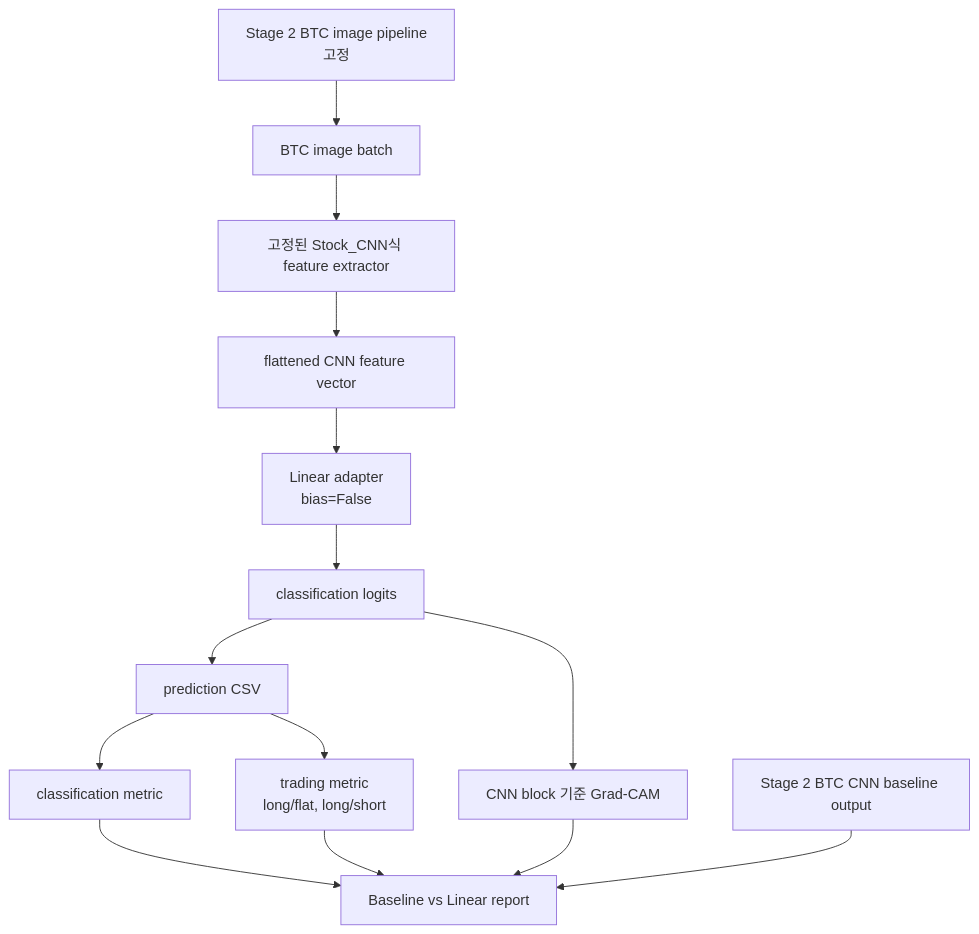
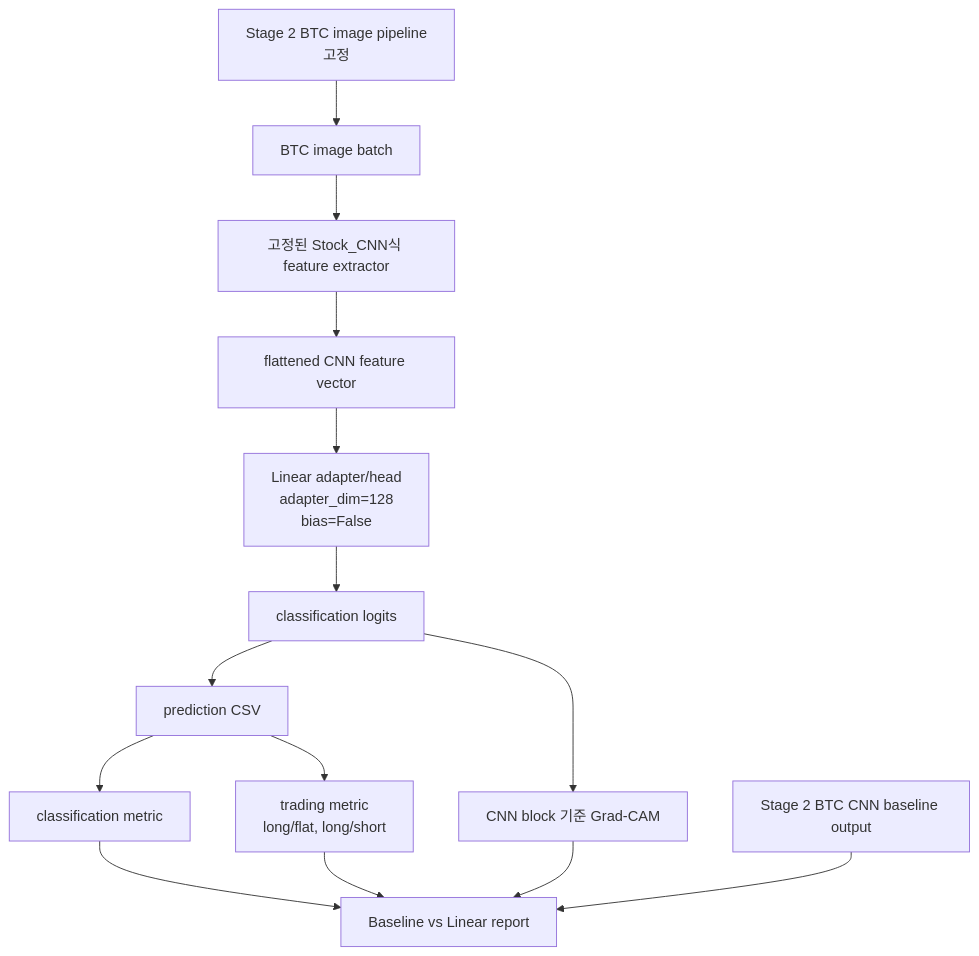
The second of 2 diagrams in stage3_linear_adapter/workflow_diagram.md (Jaehyeon-Jeong/Thesis), drawn with Mermaid before and after one commit. The commit also changed other lines of this file and 16 other files, not shown here.

Commit message:
Plan Stage 3 linear adapter comparison

````diff
--- a/stage3_linear_adapter/workflow_diagram.md
+++ b/stage3_linear_adapter/workflow_diagram.md
@@ -28,17 +30,17 @@
 ```mermaid
 flowchart TD
     A["Stage 2 BTC image pipeline<br/>고정"] --> B["BTC image batch"]
     B --> C["고정된 Stock_CNN식 feature extractor"]
     C --> D["flattened CNN feature vector"]
-    D --> E["Linear adapter<br/>bias=False"]
+    D --> E["Linear adapter/head<br/>adapter_dim=128<br/>bias=False"]
     E --> F["classification logits"]
     F --> G["prediction CSV"]
     G --> H["classification metric"]
     G --> I["trading metric<br/>long/flat, long/short"]
     F --> J["CNN block 기준 Grad-CAM"]
     H --> K["Baseline vs Linear report"]
     I --> K
     J --> K
 
     L["Stage 2 BTC CNN baseline output"] --> K
 ```
````
